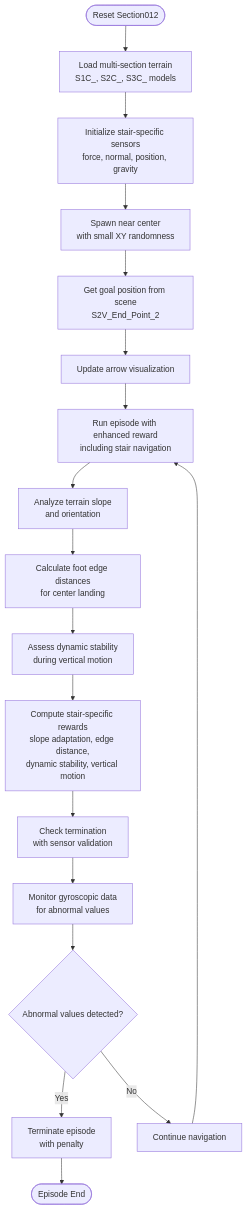
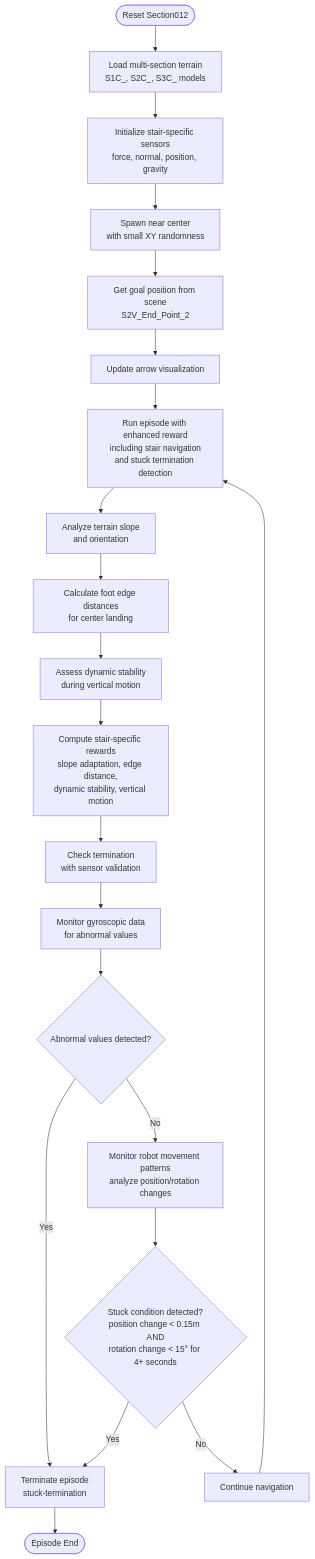
Before and after one commit to jayjayhust/MotrixLab: the fifth of 12 diagrams in .qoder/repowiki/en/content/Navigation Environments/VBot Navigation/Track Sections.md, drawn with Mermaid. The commit also changed other lines of this file and 8 other files, not shown here.

````diff
--- a/.qoder/repowiki/en/content/Navigation Environments/VBot Navigation/Track Sections.md
+++ b/.qoder/repowiki/en/content/Navigation Environments/VBot Navigation/Track Sections.md
@@ -425,20 +454,23 @@
 ```mermaid
 flowchart TD
 Start(["Reset Section012"]) --> LoadTerrain["Load multi-section terrain<br/>S1C_, S2C_, S3C_ models"]
 LoadTerrain --> InitSensors["Initialize stair-specific sensors<br/>force, normal, position, gravity"]
 InitSensors --> Spawn["Spawn near center<br/>with small XY randomness"]
 Spawn --> GetGoal["Get goal position from scene<br/>S2V_End_Point_2"]
 GetGoal --> UpdateArrows["Update arrow visualization"]
-UpdateArrows --> Run["Run episode with enhanced reward<br/>including stair navigation"]
+UpdateArrows --> Run["Run episode with enhanced reward<br/>including stair navigation<br/>and stuck termination detection"]
 Run --> AnalyzeSlope["Analyze terrain slope<br/>and orientation"]
 AnalyzeSlope --> CalcEdgeDist["Calculate foot edge distances<br/>for center landing"]
 CalcEdgeDist --> DynStability["Assess dynamic stability<br/>during vertical motion"]
 DynStability --> ComputeStairRewards["Compute stair-specific rewards<br/>slope adaptation, edge distance,<br/>dynamic stability, vertical motion"]
 ComputeStairRewards --> CheckTermination["Check termination<br/>with sensor validation"]
 CheckTermination --> CheckGyro["Monitor gyroscopic data<br/>for abnormal values"]
 CheckGyro --> AbnormalDetected{"Abnormal values detected?"}
 AbnormalDetected --> |Yes| Terminate["Terminate episode<br/>with penalty"]
-AbnormalDetected --> |No| Continue["Continue navigation"]
+AbnormalDetected --> |No| CheckStuck["Monitor robot movement patterns<br/>analyze position/rotation changes"]
+CheckStuck --> StuckDetected{"Stuck condition detected?<br/>position change < 0.15m AND<br/>rotation change < 15° for 4+ seconds"}
+StuckDetected --> |Yes| Terminate["Terminate episode<br/>stuck-termination"]
+StuckDetected --> |No| Continue["Continue navigation"]
 Continue --> Run
 Terminate --> End(["Episode End"])
 ```
````
